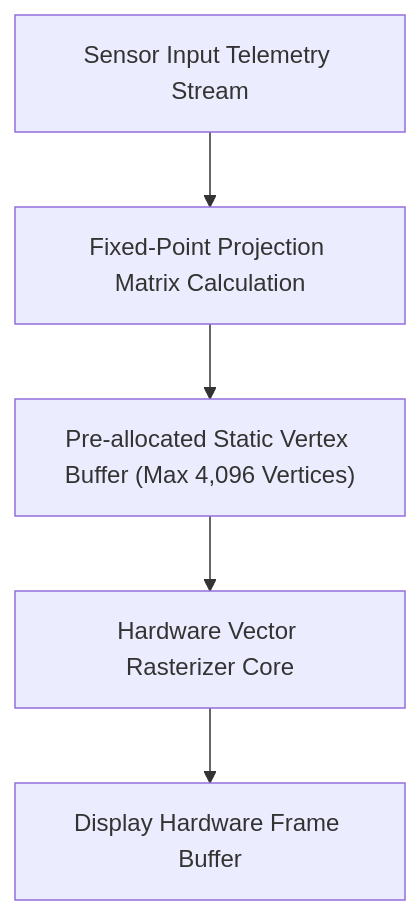
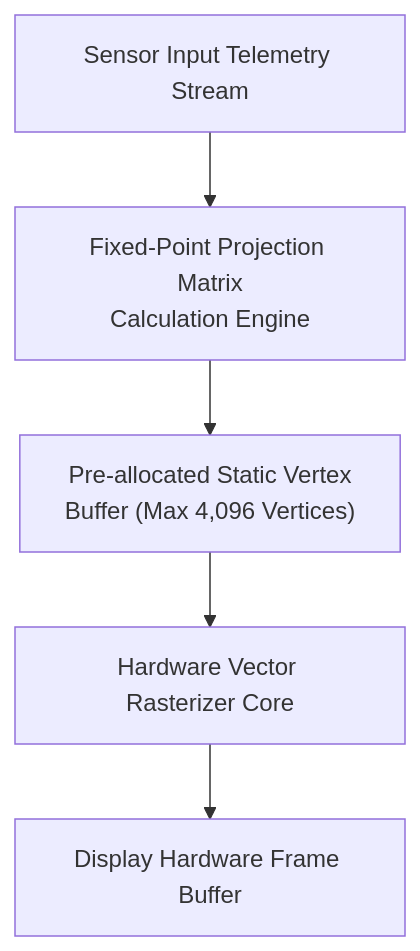
The sixth of 6 diagrams in docs/architecture/blueprints/SAFETY_CRITICAL_REALTIME_UI_FRAMEWORK.md (gintatkinson/DEAP01-spec-core), drawn with Mermaid before and after one commit. The commit also changed other lines of this file and 28 other files, not shown here.

````diff
--- a/docs/architecture/blueprints/SAFETY_CRITICAL_REALTIME_UI_FRAMEWORK.md
+++ b/docs/architecture/blueprints/SAFETY_CRITICAL_REALTIME_UI_FRAMEWORK.md
@@ -262,7 +275,7 @@
 ```mermaid
 flowchart TD
-    Sensors["Sensor Input Telemetry Stream"] --> MatrixCalc["Fixed-Point Projection Matrix Calculation"]
-    MatrixCalc --> VBuffer["Pre-allocated Static Vertex Buffer (Max 4,096 Vertices)"]
+    Sensors["Sensor Input Telemetry Stream"] --> MatrixCalc["Fixed-Point Projection Matrix<br/>Calculation Engine"]
+    MatrixCalc --> VBuffer["Pre-allocated Static Vertex<br/>Buffer (Max 4,096 Vertices)"]
     VBuffer --> Rasterizer["Hardware Vector Rasterizer Core"]
     Rasterizer --> FrameBuffer["Display Hardware Frame Buffer"]
 ```
````
